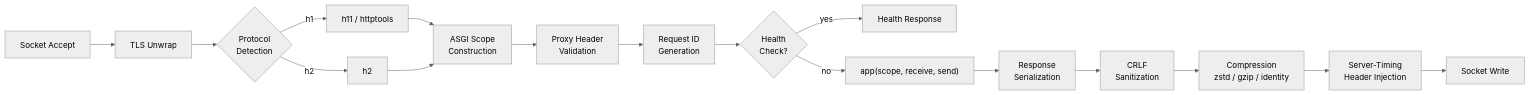
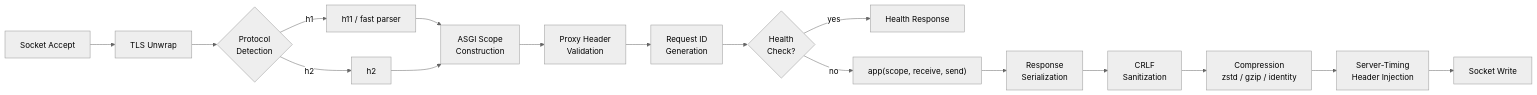
The second of 2 diagrams in site/content/docs/about/architecture.md (lbliii/pounce), drawn with Mermaid (neutral theme) before and after one commit. The commit also changed other lines of this file and 11 other files, not shown here.

````diff
--- a/site/content/docs/about/architecture.md
+++ b/site/content/docs/about/architecture.md
@@ -118,19 +118,19 @@
 ```mermaid
 flowchart LR
     A[Socket Accept] --> B[TLS Unwrap]
     B --> C{Protocol\nDetection}
-    C -->|h1| D1[h11 / httptools]
+    C -->|h1| D1[h11 / fast parser]
     C -->|h2| D2[h2]
     D1 --> E[ASGI Scope\nConstruction]
     D2 --> E
     E --> E2[Proxy Header\nValidation]
     E2 --> E3[Request ID\nGeneration]
     E3 --> E4{Health\nCheck?}
     E4 -->|yes| E5[Health Response]
     E4 -->|no| F["app(scope, receive, send)"]
     F --> G[Response\nSerialization]
     G --> G2[CRLF\nSanitization]
     G2 --> H[Compression\nzstd / gzip / identity]
     H --> I[Server-Timing\nHeader Injection]
     I --> J[Socket Write]
 ```
````
